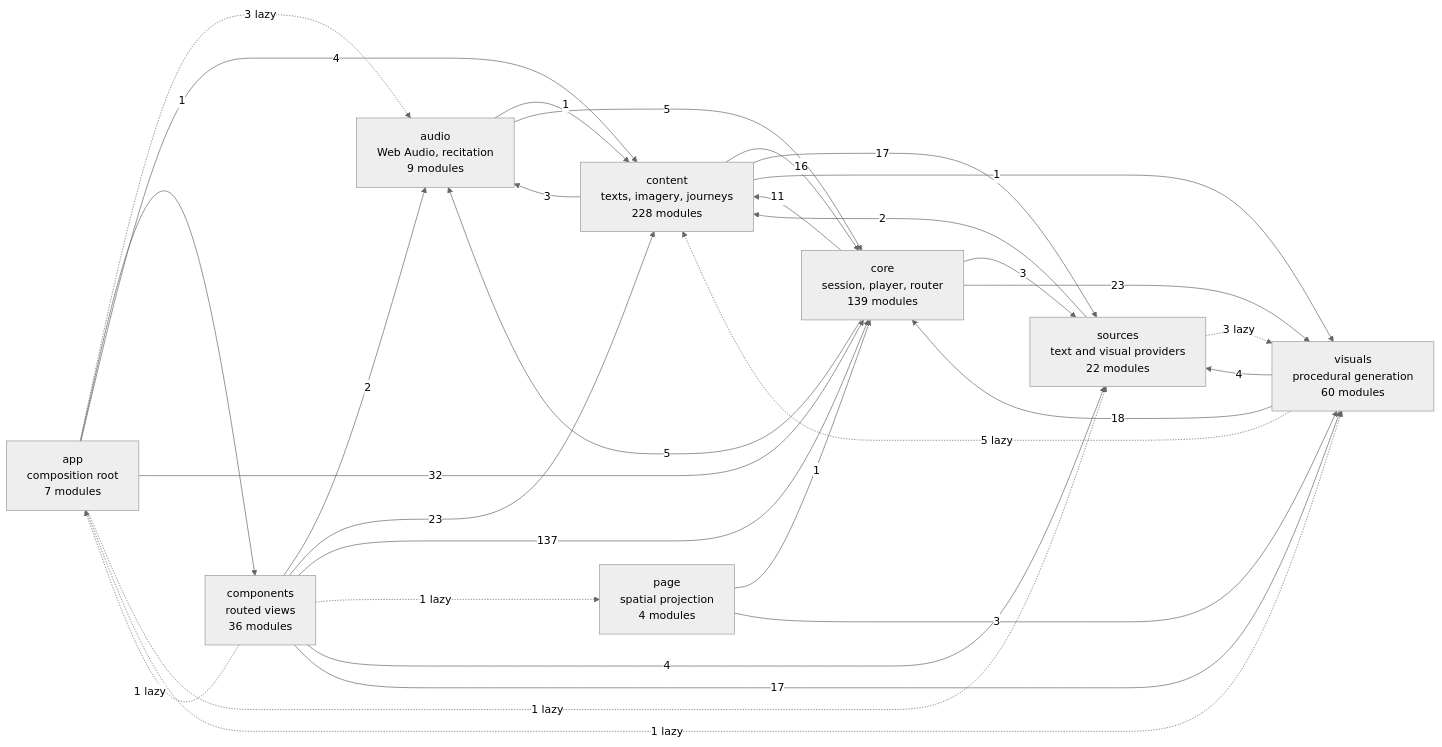
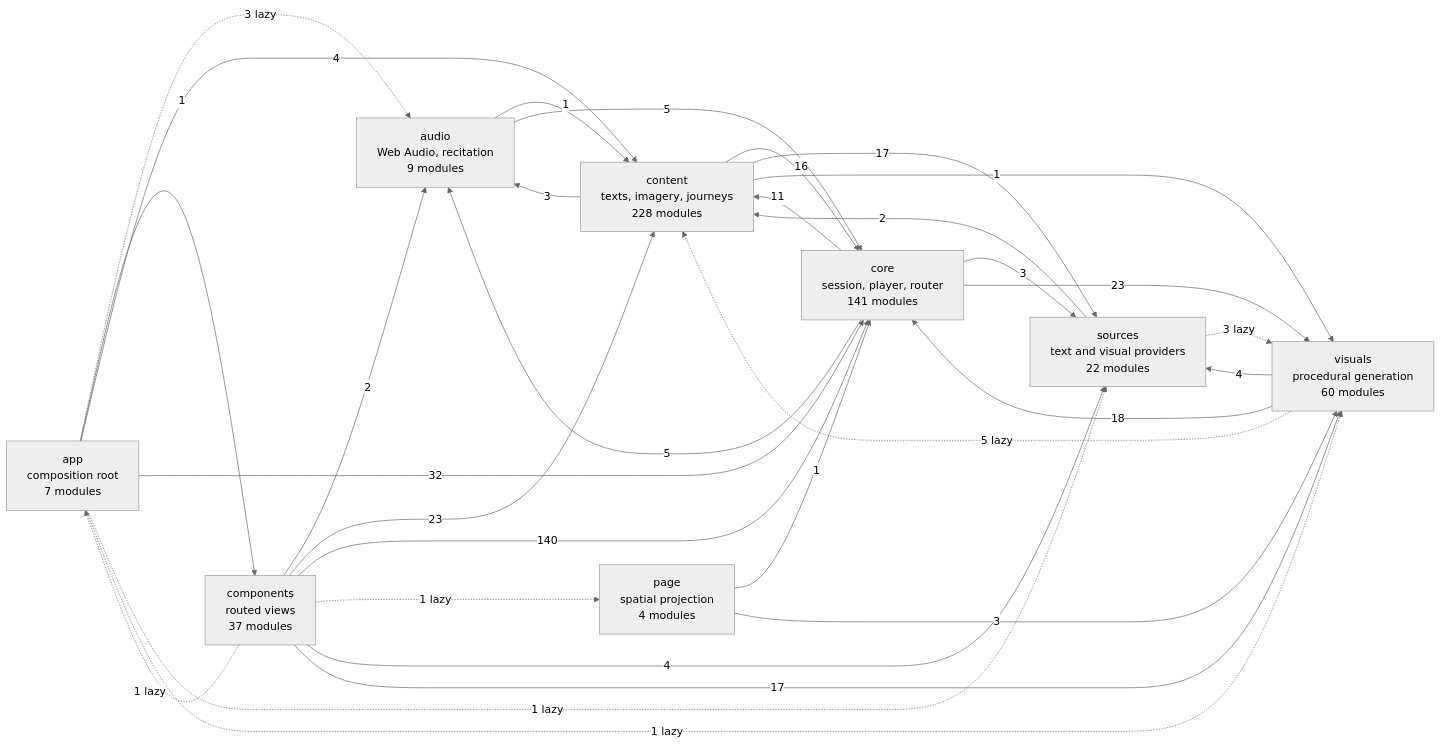
Before and after one commit to SyberLabs/RISE: the diagram in docs/specs/ARCHITECTURE.md, drawn with Mermaid (neutral theme). The commit also changed other lines of this file and 7 other files, not shown here.

````diff
--- a/docs/specs/ARCHITECTURE.md
+++ b/docs/specs/ARCHITECTURE.md
@@ -160,42 +160,42 @@
 ```mermaid
 flowchart LR
     app["app<br/>composition root<br/>7 modules"]
     audio["audio<br/>Web Audio, recitation<br/>9 modules"]
-    components["components<br/>routed views<br/>36 modules"]
+    components["components<br/>routed views<br/>37 modules"]
     content["content<br/>texts, imagery, journeys<br/>228 modules"]
-    core["core<br/>session, player, router<br/>139 modules"]
+    core["core<br/>session, player, router<br/>141 modules"]
     page["page<br/>spatial projection<br/>4 modules"]
     sources["sources<br/>text and visual providers<br/>22 modules"]
     visuals["visuals<br/>procedural generation<br/>60 modules"]
 
     app -.-> |3 lazy| audio
     app --> |1| components
     app --> |4| content
     app --> |32| core
     app -.-> |1 lazy| sources
     app -.-> |1 lazy| visuals
     audio --> |1| content
     audio --> |5| core
     components -.-> |1 lazy| app
     components --> |2| audio
     components --> |23| content
-    components --> |137| core
+    components --> |140| core
     components -.-> |1 lazy| page
     components --> |4| sources
     components --> |17| visuals
     content --> |3| audio
     content --> |16| core
     content --> |17| sources
     content --> |1| visuals
     core --> |5| audio
     core --> |11| content
     core --> |3| sources
     core --> |23| visuals
     page --> |1| core
     page --> |3| visuals
     sources --> |2| content
     sources -.-> |3 lazy| visuals
     visuals -.-> |5 lazy| content
     visuals --> |18| core
     visuals --> |4| sources
 ```
````
